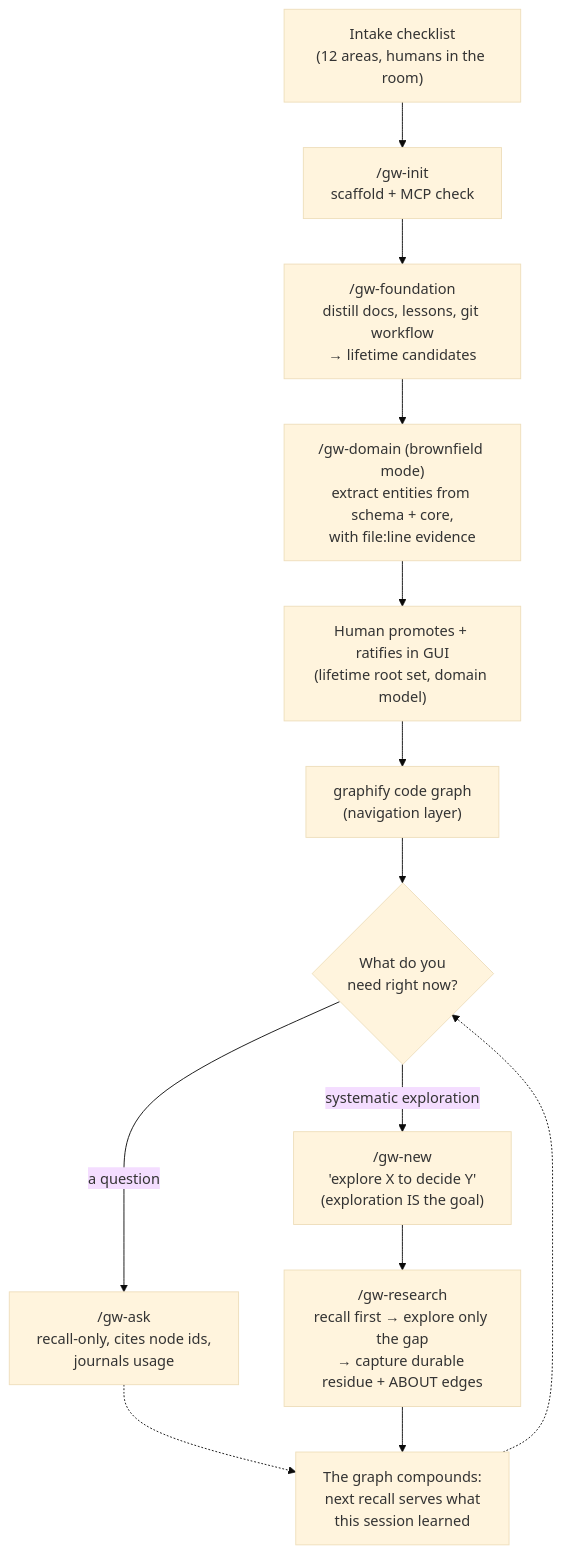
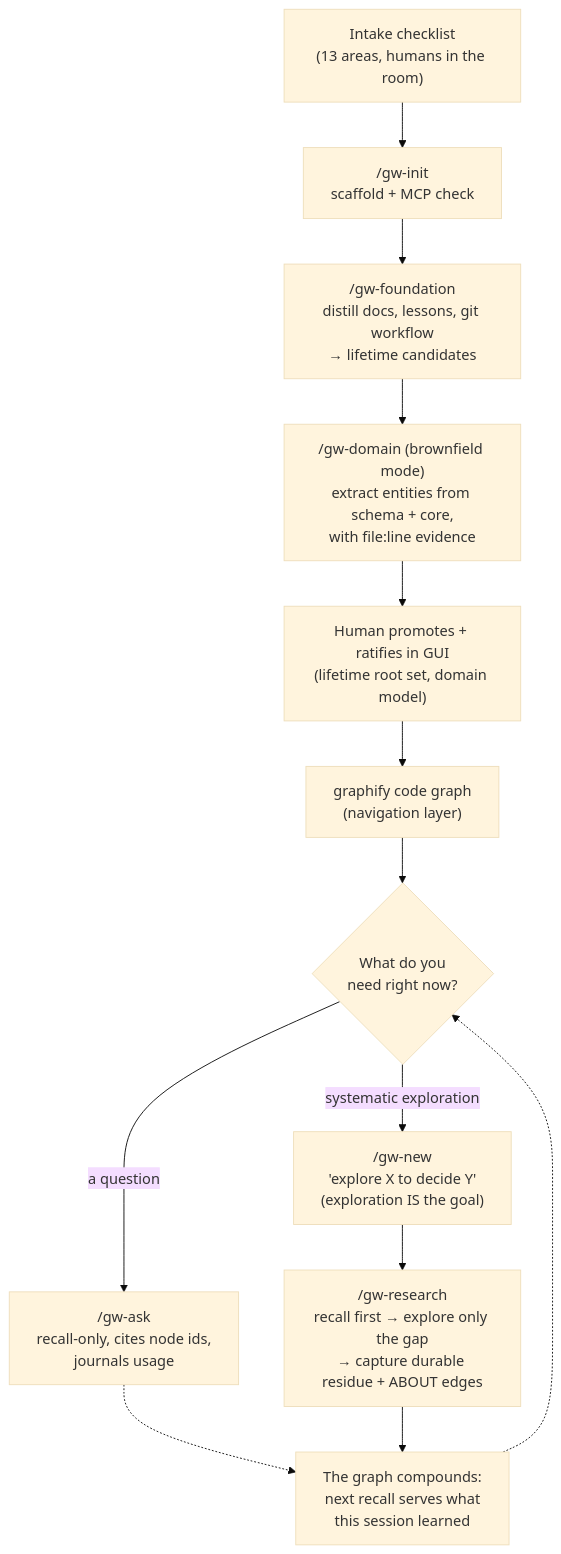
Before and after one commit to mt3o-dev/graph-workflow: the diagram in docs/LEARNING-A-CODEBASE.md, drawn with Mermaid (base theme). The commit also changed 18 other files, not shown here.

````diff
--- a/docs/LEARNING-A-CODEBASE.md
+++ b/docs/LEARNING-A-CODEBASE.md
@@ -13,15 +13,15 @@
 ```mermaid
 flowchart TD
-    INTAKE["Intake checklist<br/>(12 areas, humans in the room)"] --> INIT["/gw-init<br/>scaffold + MCP check"]
+    INTAKE["Intake checklist<br/>(13 areas, humans in the room)"] --> INIT["/gw-init<br/>scaffold + MCP check"]
     INIT --> FOUND["/gw-foundation<br/>distill docs, lessons, git workflow<br/>→ lifetime candidates"]
     FOUND --> DOM["/gw-domain (brownfield mode)<br/>extract entities from schema + core,<br/>with file:line evidence"]
     DOM --> PROMOTE["Human promotes + ratifies in GUI<br/>(lifetime root set, domain model)"]
     PROMOTE --> GRAPHIFY["graphify code graph<br/>(navigation layer)"]
     GRAPHIFY --> Q{What do you<br/>need right now?}
     Q -- "a question" --> ASK["/gw-ask<br/>recall-only, cites node ids,<br/>journals usage"]
     Q -- "systematic exploration" --> NEW["/gw-new<br/>'explore X to decide Y'<br/>(exploration IS the goal)"]
     NEW --> RES["/gw-research<br/>recall first → explore only the gap<br/>→ capture durable residue + ABOUT edges"]
     ASK -.-> COMPOUND
     RES --> COMPOUND["The graph compounds:<br/>next recall serves what<br/>this session learned"]
     COMPOUND -.-> Q
 ```
````
